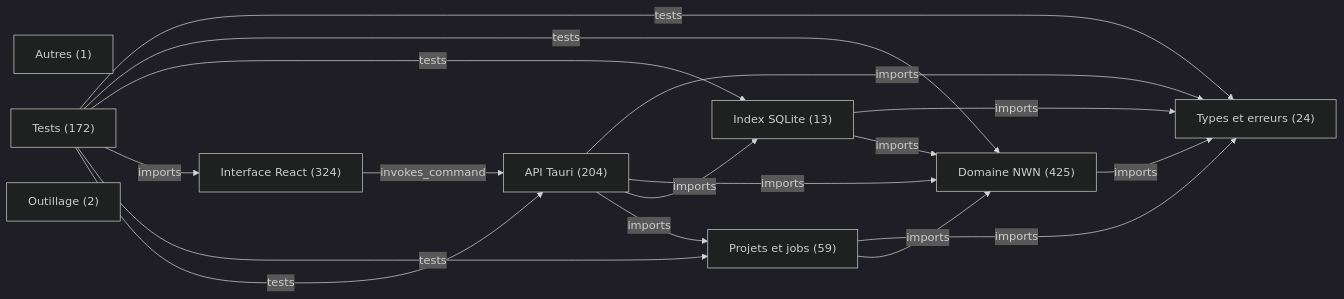
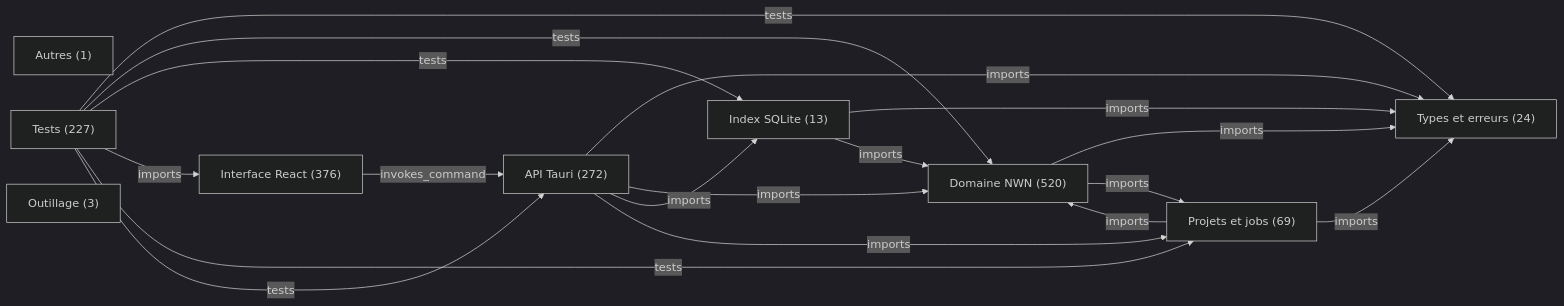
The diagram in docs/architecture/overview.mmd (Karenax/OpenNever_Forge), drawn with Mermaid (dark theme) before and after one commit. The commit also changed 147 other files, not shown here.

```diff
--- a/docs/architecture/overview.mmd
+++ b/docs/architecture/overview.mmd
@@ -1,26 +1,27 @@
 flowchart LR
   layer_0["Types et erreurs (24)"]
-  layer_1["Domaine NWN (425)"]
+  layer_1["Domaine NWN (520)"]
   layer_2["Index SQLite (13)"]
-  layer_3["Interface React (324)"]
+  layer_3["Interface React (376)"]
   layer_4["Autres (1)"]
-  layer_5["Projets et jobs (59)"]
-  layer_6["API Tauri (204)"]
-  layer_7["Tests (172)"]
-  layer_8["Outillage (2)"]
+  layer_5["Projets et jobs (69)"]
+  layer_6["API Tauri (272)"]
+  layer_7["Tests (227)"]
+  layer_8["Outillage (3)"]
   layer_1 -->|"imports"| layer_0
+  layer_1 -->|"imports"| layer_5
   layer_2 -->|"imports"| layer_0
   layer_2 -->|"imports"| layer_1
   layer_3 -->|"invokes_command"| layer_6
   layer_5 -->|"imports"| layer_0
   layer_5 -->|"imports"| layer_1
   layer_6 -->|"imports"| layer_0
   layer_6 -->|"imports"| layer_1
   layer_6 -->|"imports"| layer_2
   layer_6 -->|"imports"| layer_5
   layer_7 -->|"tests"| layer_0
   layer_7 -->|"tests"| layer_1
   layer_7 -->|"tests"| layer_2
   layer_7 -->|"imports"| layer_3
   layer_7 -->|"tests"| layer_5
   layer_7 -->|"tests"| layer_6
```
